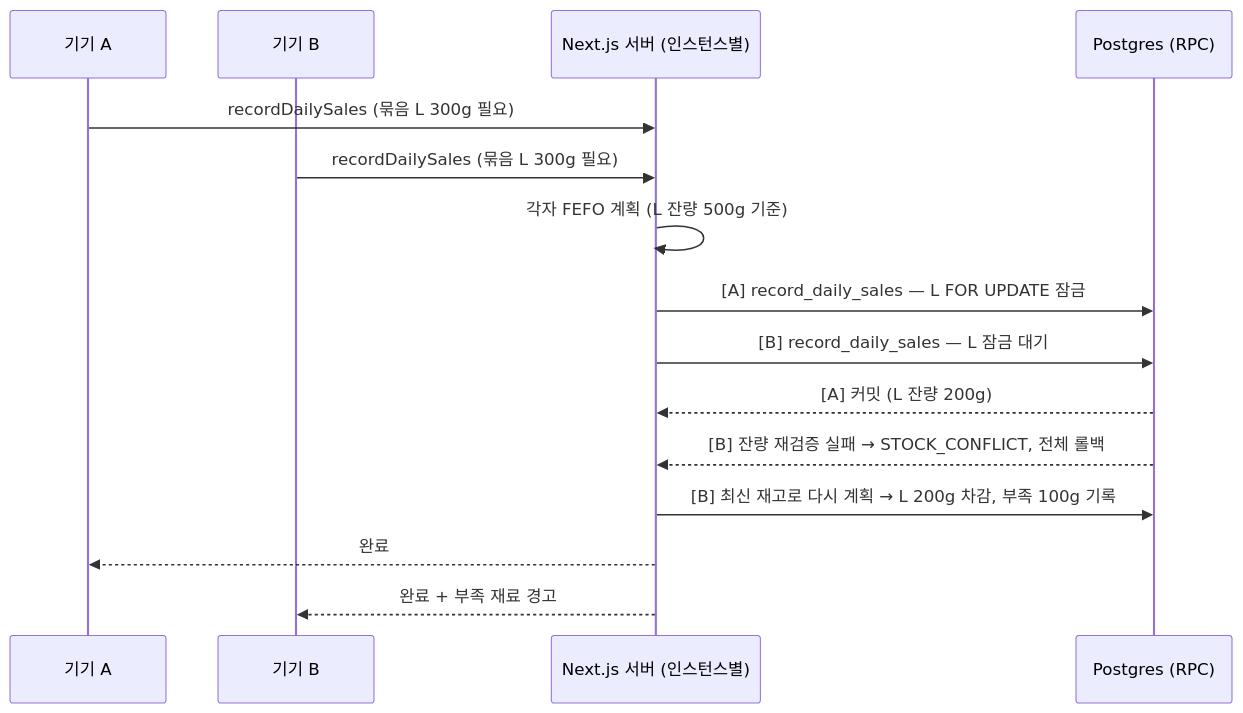
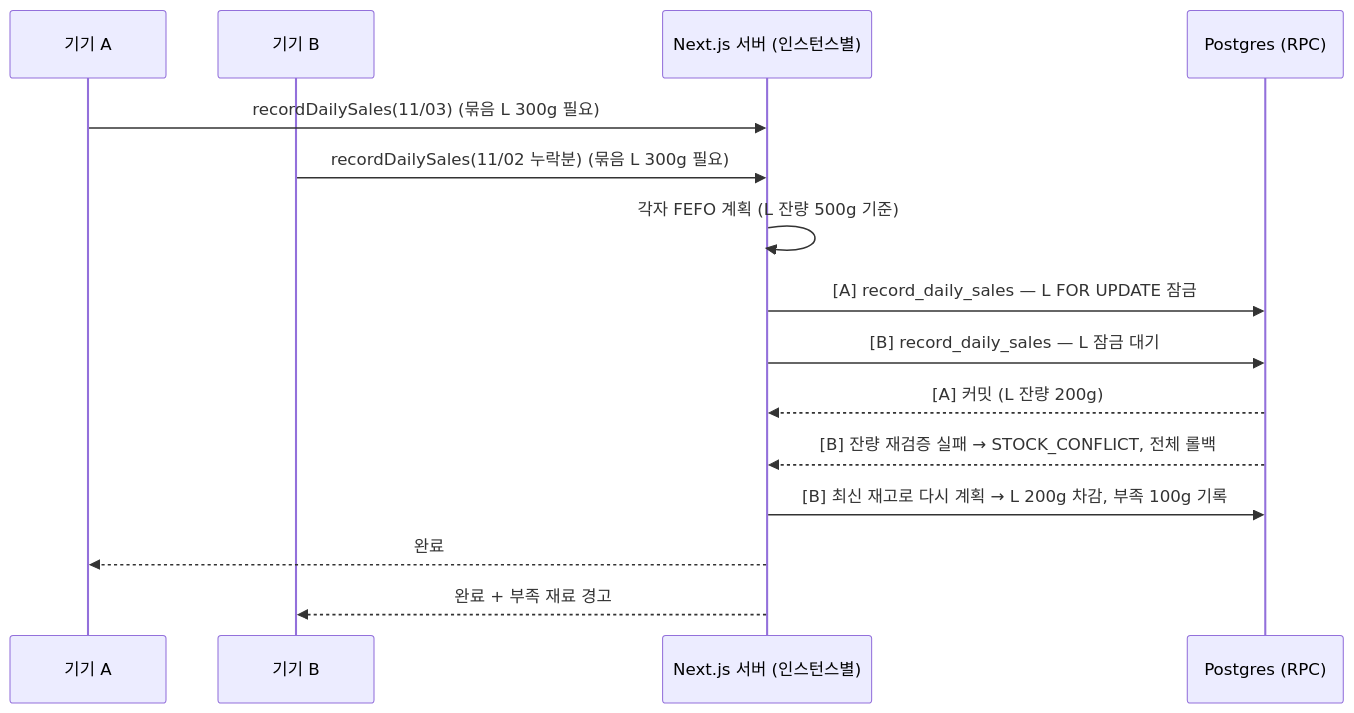
One commit to semicolon213/infood changed the ninth of 12 diagrams in docs/06_ARCHITECTURE.md. Above: the diagram before and after it, drawn with Mermaid. The commit also changed other lines of this file and 4 other files, not shown here.

````diff
--- a/docs/06_ARCHITECTURE.md
+++ b/docs/06_ARCHITECTURE.md
@@ -785,18 +787,18 @@
 ```mermaid
 sequenceDiagram
     participant A as 기기 A
     participant B as 기기 B
     participant S as Next.js 서버 (인스턴스별)
     participant DB as Postgres (RPC)
 
-    A->>S: recordDailySales (묶음 L 300g 필요)
-    B->>S: recordDailySales (묶음 L 300g 필요)
+    A->>S: recordDailySales(11/03) (묶음 L 300g 필요)
+    B->>S: recordDailySales(11/02 누락분) (묶음 L 300g 필요)
     S->>S: 각자 FEFO 계획 (L 잔량 500g 기준)
     S->>DB: [A] record_daily_sales — L FOR UPDATE 잠금
     S->>DB: [B] record_daily_sales — L 잠금 대기
     DB-->>S: [A] 커밋 (L 잔량 200g)
     DB-->>S: [B] 잔량 재검증 실패 → STOCK_CONFLICT, 전체 롤백
     S->>DB: [B] 최신 재고로 다시 계획 → L 200g 차감, 부족 100g 기록
     S-->>A: 완료
     S-->>B: 완료 + 부족 재료 경고
 ```
````
